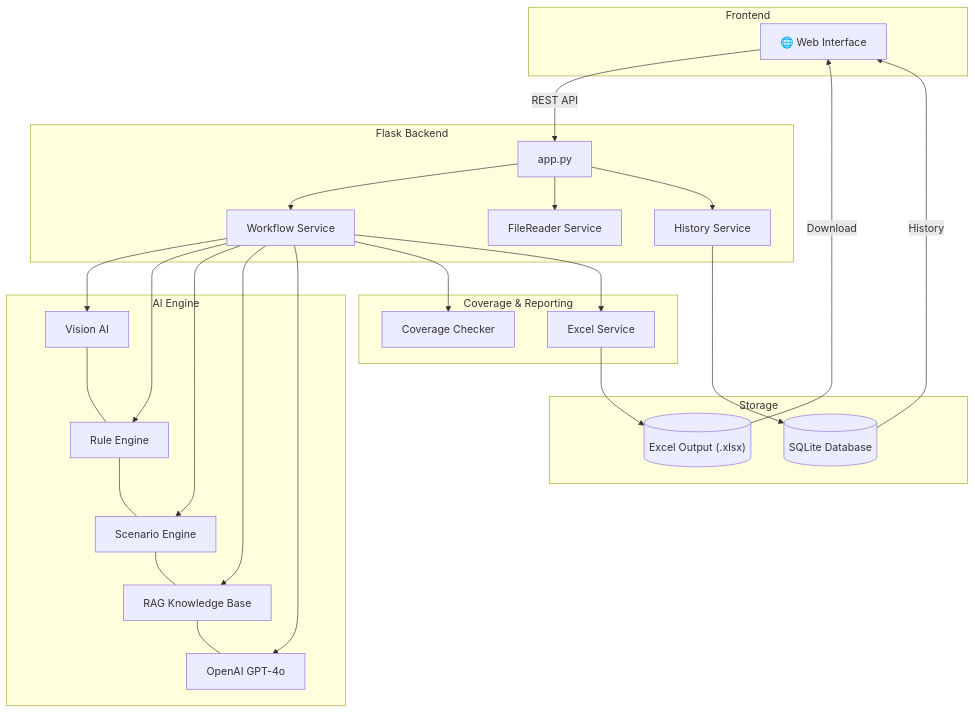
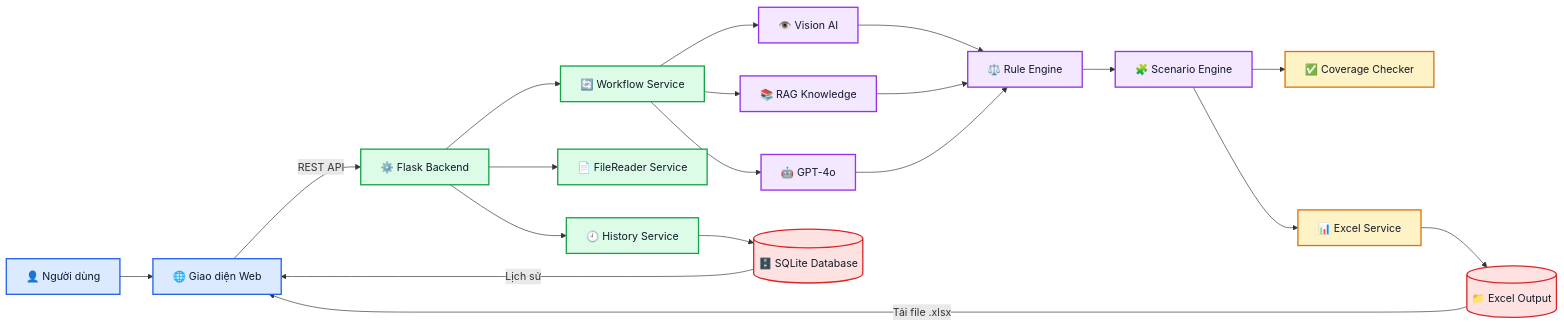
The diagram in README.md (tranbao0205-it/AI-TestCase-Generator), drawn with Mermaid before and after one commit.

````diff
--- a/README.md
+++ b/README.md
@@ -39,76 +41,49 @@
 ```mermaid
-flowchart TB
+flowchart LR
 
-%% ===========================
-%% FRONTEND
-%% ===========================
-subgraph FRONTEND["Frontend"]
-    A["🌐 Web Interface"]
-end
+    %% ===== INPUT =====
+    A["👤 Người dùng"] --> B["🌐 Giao diện Web"]
 
-%% ===========================
-%% BACKEND
-%% ===========================
-subgraph BACKEND["Flask Backend"]
-    B["app.py"]
-    C["Workflow Service"]
-    D["FileReader Service"]
-    E["History Service"]
+    %% ===== BACKEND =====
+    B -->|REST API| C["⚙️ Flask Backend"]
 
-    B --> C
-    B --> D
-    B --> E
-end
+    C --> D["🔄 Workflow Service"]
+    C --> E["📄 FileReader Service"]
+    C --> F["🕘 History Service"]
 
-%% ===========================
-%% AI ENGINE
-%% ===========================
-subgraph AI["AI Engine"]
-    F["Vision AI"]
-    G["Rule Engine"]
-    H["Scenario Engine"]
-    I["RAG Knowledge Base"]
-    J["OpenAI GPT-4o"]
+    %% ===== AI PROCESSING =====
+    D --> G["👁️ Vision AI"]
+    D --> H["📚 RAG Knowledge"]
+    D --> I["🤖 GPT-4o"]
 
-    F --- G
-    G --- H
-    H --- I
-    I --- J
-end
+    G --> J["⚖️ Rule Engine"]
+    H --> J
+    I --> J
 
-%% ===========================
-%% OUTPUT
-%% ===========================
-subgraph OUTPUT["Coverage & Reporting"]
-    K["Coverage Checker"]
-    L["Excel Service"]
-end
+    J --> K["🧩 Scenario Engine"]
 
-%% ===========================
-%% STORAGE
-%% ===========================
-subgraph STORAGE["Storage"]
-    M[("SQLite Database")]
-    N[("Excel Output (.xlsx)")]
-end
+    %% ===== OUTPUT =====
+    K --> L["✅ Coverage Checker"]
+    K --> M["📊 Excel Service"]
 
-%% ===========================
-%% FLOW
-%% ===========================
-A -->|"REST API"| B
+    %% ===== STORAGE =====
+    F --> N[("🗄️ SQLite Database")]
+    M --> O[("📁 Excel Output")]
 
-C --> F
-C --> G
-C --> H
-C --> I
-C --> J
+    %% ===== RETURN =====
+    N -->|Lịch sử| B
+    O -->|Tải file .xlsx| B
 
-C --> K
-C --> L
+    %% ===== STYLE =====
+    classDef frontend fill:#dbeafe,stroke:#2563eb,stroke-width:2px,color:#111827;
+    classDef backend fill:#dcfce7,stroke:#16a34a,stroke-width:2px,color:#111827;
+    classDef ai fill:#f3e8ff,stroke:#9333ea,stroke-width:2px,color:#111827;
+    classDef output fill:#fef3c7,stroke:#d97706,stroke-width:2px,color:#111827;
+    classDef storage fill:#fee2e2,stroke:#dc2626,stroke-width:2px,color:#111827;
 
-E --> M
-L --> N
-
-N -->|"Download"| A
-M -->|"History"| A
+    class A,B frontend;
+    class C,D,E,F backend;
+    class G,H,I,J,K ai;
+    class L,M output;
+    class N,O storage;
 ```
````
